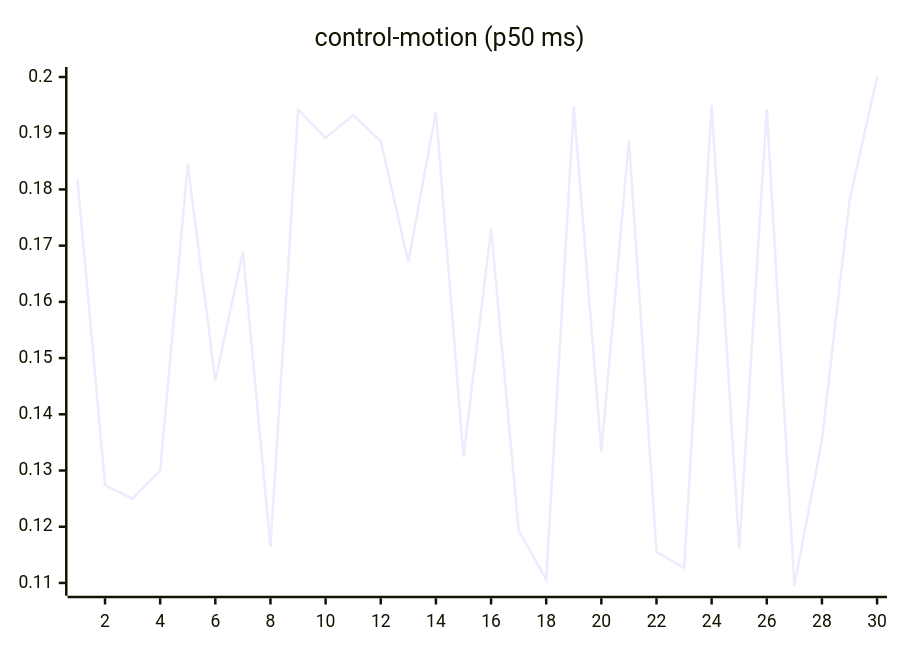
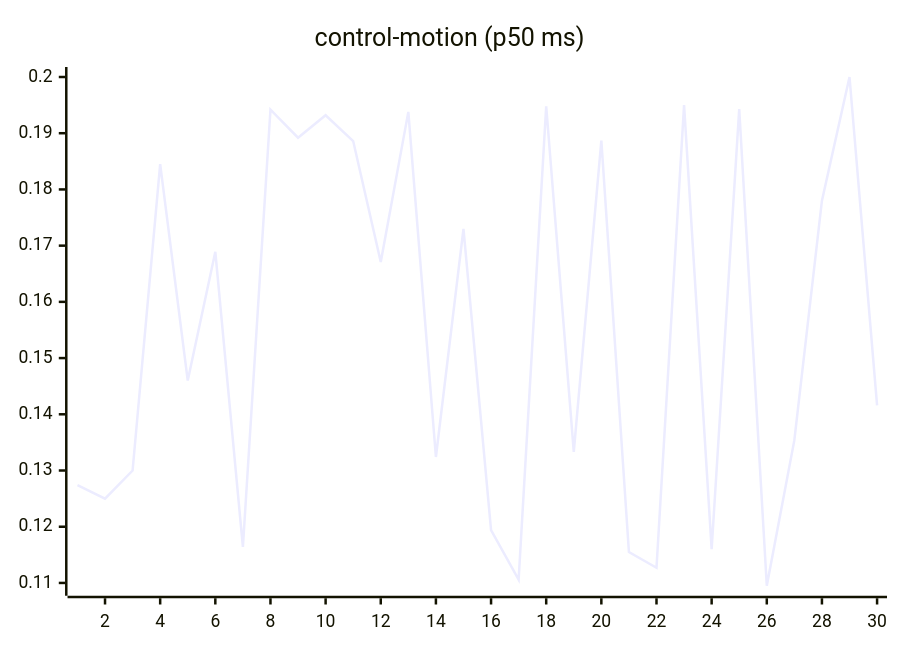
Before and after one commit to josha/Facet: the seventh of 27 diagrams in README.md, drawn with Mermaid. The commit also changed other lines of this file and 2 other files, not shown here.

````diff
--- a/README.md
+++ b/README.md
@@ -105,6 +105,6 @@
 ```mermaid
 xychart-beta
     title "control-motion (p50 ms)"
     x-axis 1 --> 30
-    line [0.1818, 0.1274, 0.1250, 0.1300, 0.1845, 0.1460, 0.1689, 0.1164, 0.1942, 0.1892, 0.1932, 0.1886, 0.1671, 0.1938, 0.1324, 0.1730, 0.1194, 0.1106, 0.1948, 0.1333, 0.1887, 0.1155, 0.1127, 0.1950, 0.1160, 0.1943, 0.1095, 0.1354, 0.1780, 0.2000]
+    line [0.1274, 0.1250, 0.1300, 0.1845, 0.1460, 0.1689, 0.1164, 0.1942, 0.1892, 0.1932, 0.1886, 0.1671, 0.1938, 0.1324, 0.1730, 0.1194, 0.1106, 0.1948, 0.1333, 0.1887, 0.1155, 0.1127, 0.1950, 0.1160, 0.1943, 0.1095, 0.1354, 0.1780, 0.2000, 0.1416]
 ```
````
